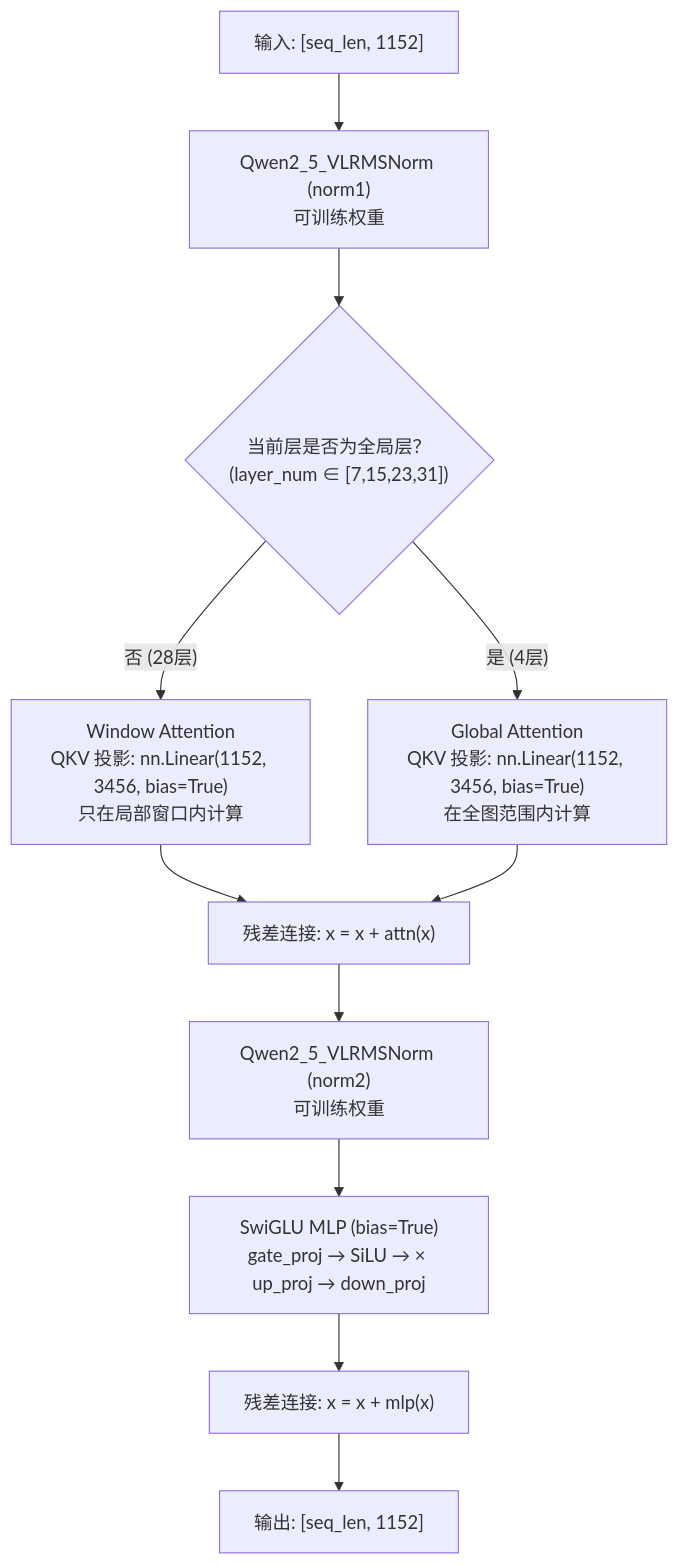
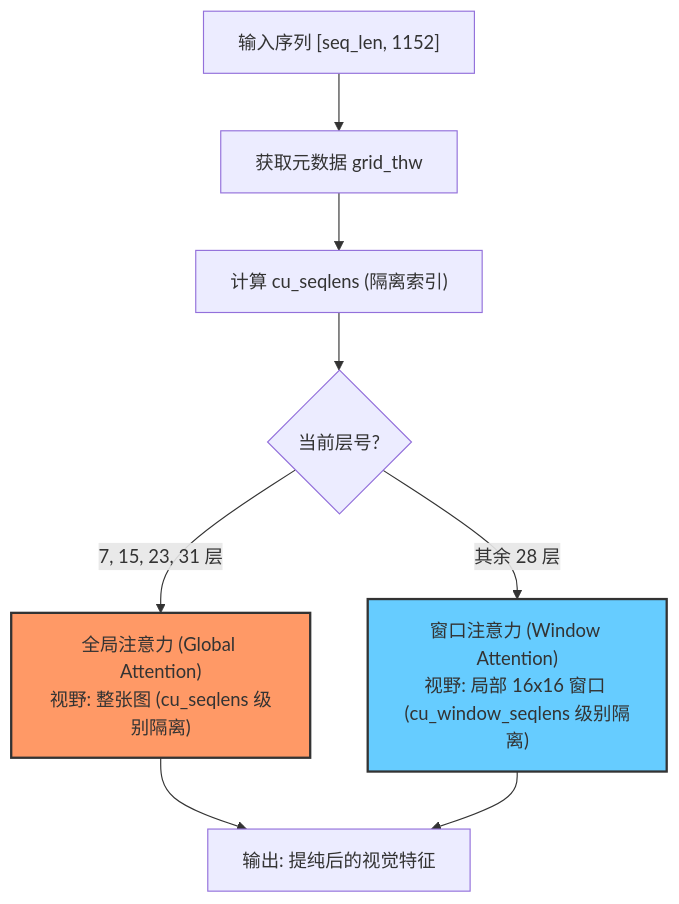
The diagram in wiki/concepts/window_attention_交错注意力.md (pokemonAndCodeMaster/llm_knowledge_base), drawn with Mermaid before and after one commit. The commit also changed other lines of this file and 26 other files, not shown here.

````diff
--- a/wiki/concepts/window_attention_交错注意力.md
+++ b/wiki/concepts/window_attention_交错注意力.md
@@ -119,13 +21,15 @@
 ```mermaid
 graph TD
-    A["输入: [seq_len, 1152]"] --> B["Qwen2_5_VLRMSNorm (norm1)\n可训练权重"]
-    B --> C{"当前层是否为全局层？\n(layer_num ∈ [7,15,23,31])"}
-    C -->|"否 (28层)"| D["Window Attention\nQKV 投影: nn.Linear(1152, 3456, bias=True)\n只在局部窗口内计算"]
-    C -->|"是 (4层)"| E["Global Attention\nQKV 投影: nn.Linear(1152, 3456, bias=True)\n在全图范围内计算"]
-    D --> F["残差连接: x = x + attn(x)"]
-    E --> F
-    F --> G["Qwen2_5_VLRMSNorm (norm2)\n可训练权重"]
-    G --> H["SwiGLU MLP (bias=True)\ngate_proj → SiLU → × up_proj → down_proj"]
-    H --> I["残差连接: x = x + mlp(x)"]
-    I --> J["输出: [seq_len, 1152]"]
+    A["输入序列 [seq_len, 1152]"] --> B["获取元数据 grid_thw"]
+    B --> C["计算 cu_seqlens (隔离索引)"]
+    C --> D{"当前层号?"}
+    
+    D -->|"7, 15, 23, 31 层"| E["全局注意力 (Global Attention)\n视野: 整张图 (cu_seqlens 级别隔离)"]
+    D -->|"其余 28 层"| F["窗口注意力 (Window Attention)\n视野: 局部 16x16 窗口 (cu_window_seqlens 级别隔离)"]
+    
+    E --> G["输出: 提纯后的视觉特征"]
+    F --> G
+    
+    style E fill:#f96,stroke:#333,stroke-width:2px
+    style F fill:#6cf,stroke:#333,stroke-width:2px
 ```
````
